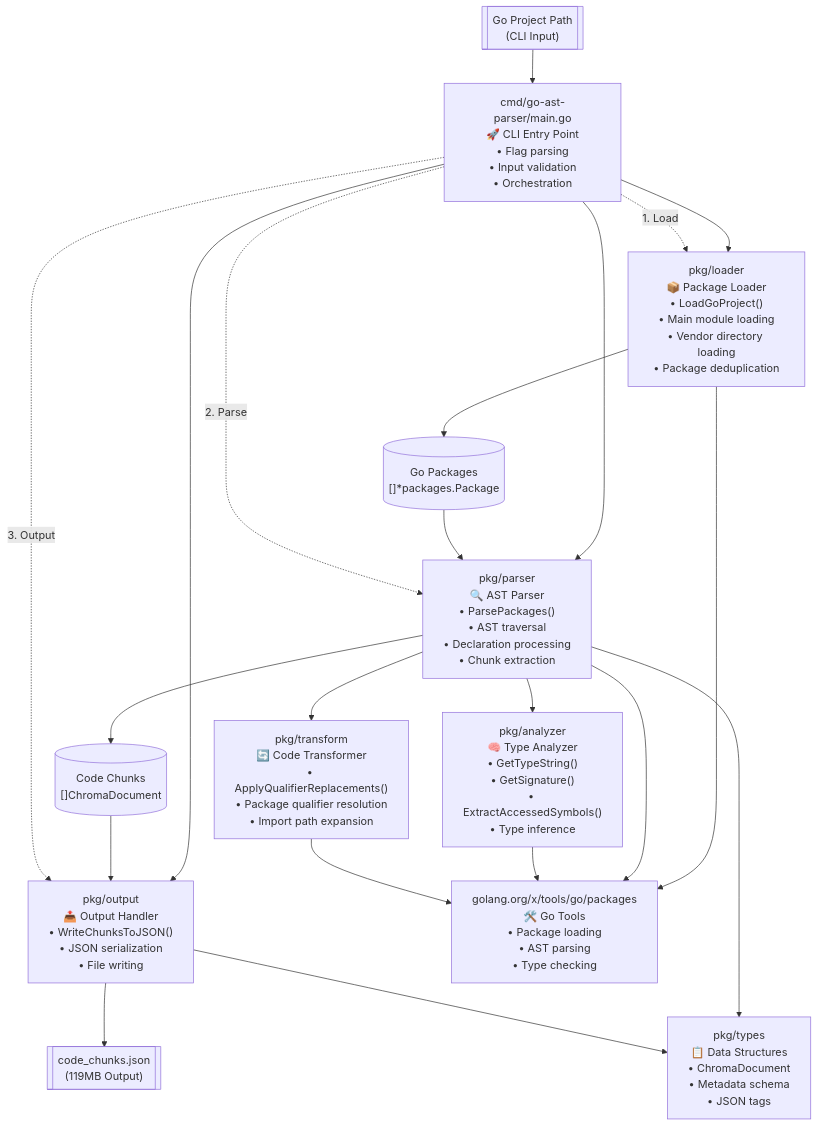
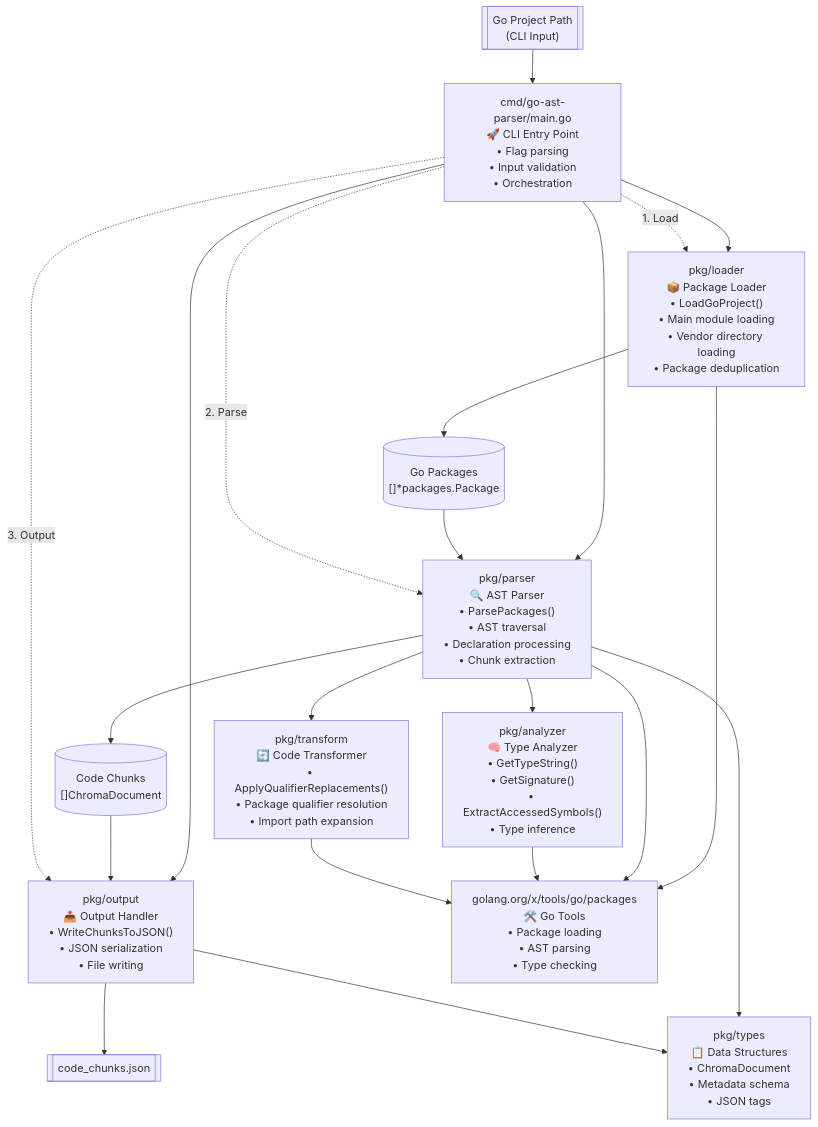
The first of 2 diagrams in ARCHITECTURE.md (sunku5494/go-ast-parser), drawn with Mermaid before and after one commit. The commit also changed other lines of this file and 1 other file, not shown here.

````diff
--- a/ARCHITECTURE.md
+++ b/ARCHITECTURE.md
@@ -29,57 +29,57 @@
 ```mermaid
 graph TB
     %% Input/Output
     INPUT[["Go Project Path<br/>(CLI Input)"]]
-    OUTPUT[["code_chunks.json<br/>(119MB Output)"]]
+    OUTPUT[["code_chunks.json<br/>"]]
     
     %% Main Entry Point
     MAIN["cmd/go-ast-parser/main.go<br/>🚀 CLI Entry Point<br/>• Flag parsing<br/>• Input validation<br/>• Orchestration"]
     
     %% Core Packages
     LOADER["pkg/loader<br/>📦 Package Loader<br/>• LoadGoProject()<br/>• Main module loading<br/>• Vendor directory loading<br/>• Package deduplication"]
     
     PARSER["pkg/parser<br/>🔍 AST Parser<br/>• ParsePackages()<br/>• AST traversal<br/>• Declaration processing<br/>• Chunk extraction"]
     
     ANALYZER["pkg/analyzer<br/>🧠 Type Analyzer<br/>• GetTypeString()<br/>• GetSignature()<br/>• ExtractAccessedSymbols()<br/>• Type inference"]
     
     TRANSFORM["pkg/transform<br/>🔄 Code Transformer<br/>• ApplyQualifierReplacements()<br/>• Package qualifier resolution<br/>• Import path expansion"]
     
     OUTPUT_PKG["pkg/output<br/>📤 Output Handler<br/>• WriteChunksToJSON()<br/>• JSON serialization<br/>• File writing"]
     
     TYPES["pkg/types<br/>📋 Data Structures<br/>• ChromaDocument<br/>• Metadata schema<br/>• JSON tags"]
     
     %% External Dependencies  
     GO_PACKAGES["golang.org/x/tools/go/packages<br/>🛠️ Go Tools<br/>• Package loading<br/>• AST parsing<br/>• Type checking"]
     
     %% Data Structures
     PKG_DATA[("Go Packages<br/>[]*packages.Package")]
     CHUNK_DATA[("Code Chunks<br/>[]ChromaDocument")]
     
     %% Flow Connections
     INPUT --> MAIN
     MAIN --> LOADER
     MAIN --> PARSER  
     MAIN --> OUTPUT_PKG
     
     LOADER --> PKG_DATA
     PKG_DATA --> PARSER
     PARSER --> CHUNK_DATA
     CHUNK_DATA --> OUTPUT_PKG
     OUTPUT_PKG --> OUTPUT
     
     %% Dependencies
     PARSER --> ANALYZER
     PARSER --> TRANSFORM
     PARSER --> TYPES
     OUTPUT_PKG --> TYPES
     
     LOADER --> GO_PACKAGES
     PARSER --> GO_PACKAGES
     ANALYZER --> GO_PACKAGES
     TRANSFORM --> GO_PACKAGES
     
     %% Processing Flow Numbers
     MAIN -.->|"1. Load"| LOADER
     MAIN -.->|"2. Parse"| PARSER  
     MAIN -.->|"3. Output"| OUTPUT_PKG
 ```
````
